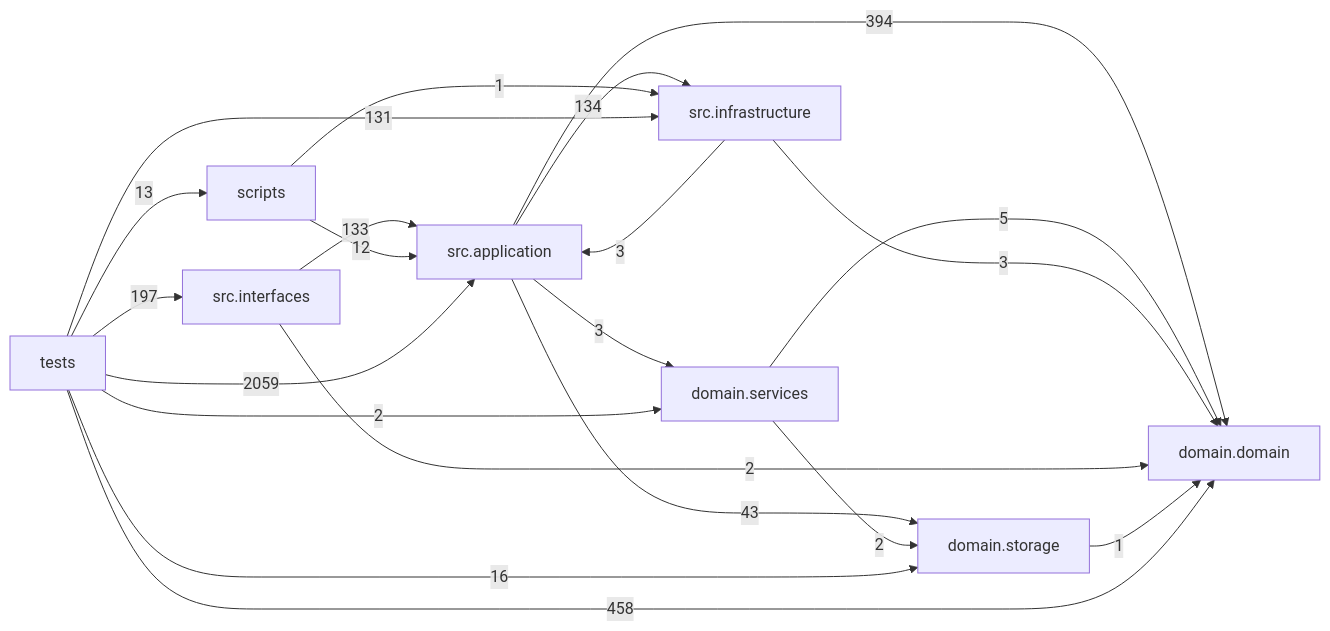
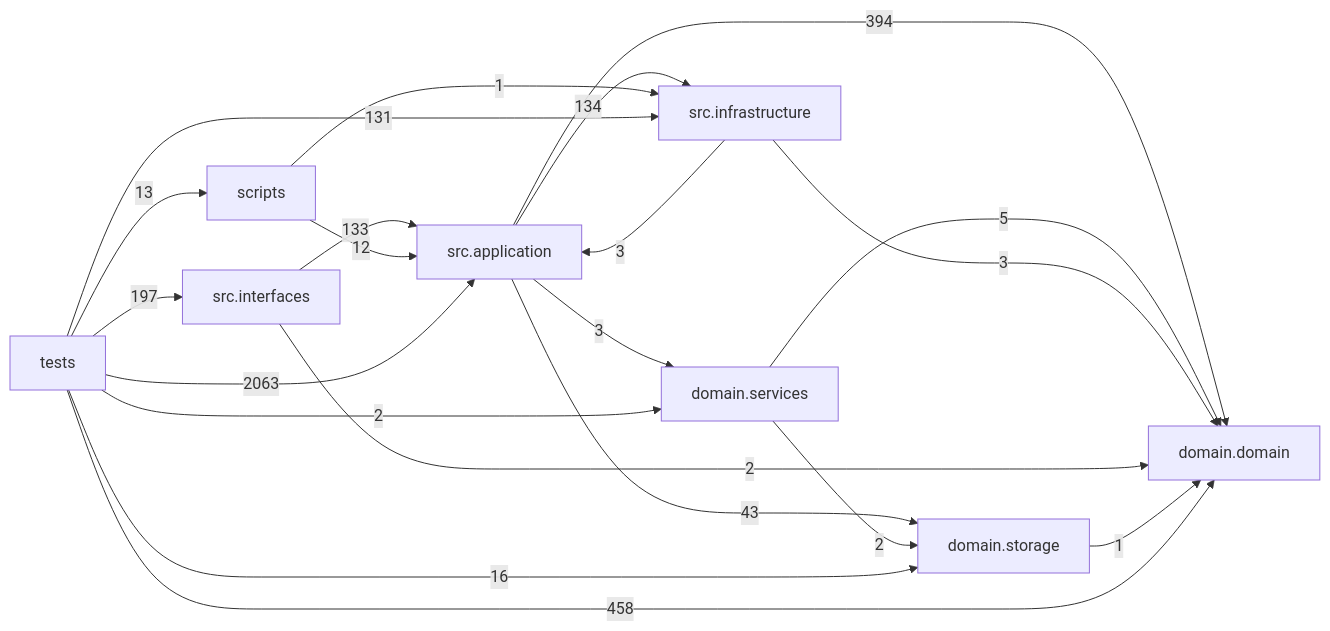
One commit to liuxie066/options-monitor changed the diagram in docs/DEPENDENCY_GRAPH.md. Above: the diagram before and after it, drawn with Mermaid. The commit also changed other lines of this file and 4 other files, not shown here.

````diff
--- a/docs/DEPENDENCY_GRAPH.md
+++ b/docs/DEPENDENCY_GRAPH.md
@@ -24,31 +24,31 @@
 ```mermaid
 flowchart LR
   tests["tests"]
   scripts["scripts"]
   interfaces["src.interfaces"]
   application["src.application"]
   infrastructure["src.infrastructure"]
   domain_services["domain.services"]
   domain["domain.domain"]
   storage["domain.storage"]
   application -->|394| domain
   application -->|3| domain_services
   application -->|134| infrastructure
   application -->|43| storage
   domain_services -->|5| domain
   domain_services -->|2| storage
   infrastructure -->|3| application
   infrastructure -->|3| domain
   interfaces -->|133| application
   interfaces -->|2| domain
   scripts -->|12| application
   scripts -->|1| infrastructure
   storage -->|1| domain
-  tests -->|2059| application
+  tests -->|2063| application
   tests -->|458| domain
   tests -->|2| domain_services
   tests -->|131| infrastructure
   tests -->|197| interfaces
   tests -->|13| scripts
   tests -->|16| storage
 ```
````
